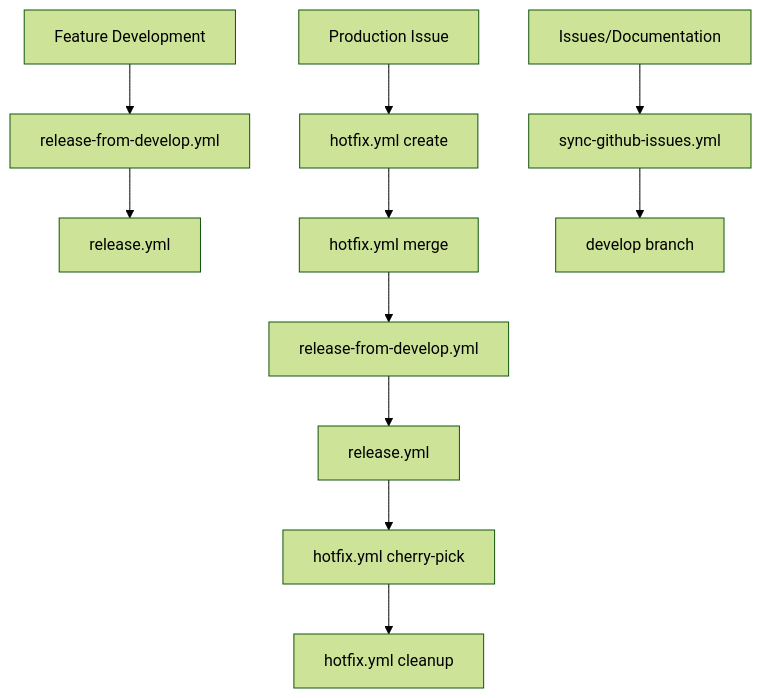
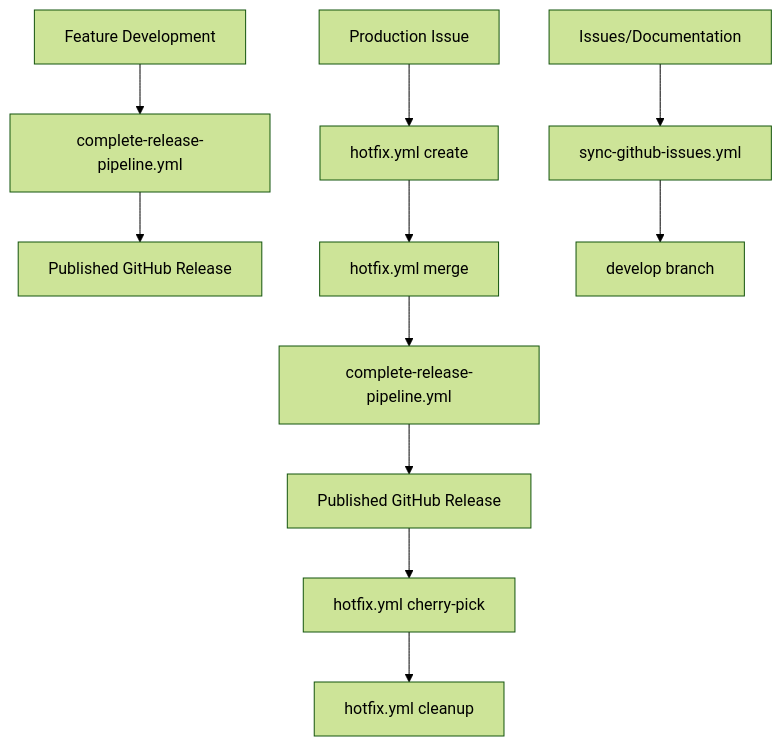
One commit to JorgeRojo/slack-bitbucket-merge-control-chrome-extension changed the diagram in .github/workflows/README.md. Above: the diagram before and after it, drawn with Mermaid (forest theme). The commit also changed other lines of this file and 2 other files, not shown here.

````diff
--- a/.github/workflows/README.md
+++ b/.github/workflows/README.md
@@ -175,15 +164,15 @@
 ```mermaid
 graph TD
-    A[Feature Development] --> B[release-from-develop.yml]
-    B --> C[release.yml]
+    A[Feature Development] --> B[complete-release-pipeline.yml]
+    B --> C[Published GitHub Release]
 
     D[Production Issue] --> E[hotfix.yml create]
     E --> F[hotfix.yml merge]
-    F --> G[release-from-develop.yml]
-    G --> H[release.yml]
+    F --> G[complete-release-pipeline.yml]
+    G --> H[Published GitHub Release]
     H --> I[hotfix.yml cherry-pick]
     I --> J[hotfix.yml cleanup]
 
     K[Issues/Documentation] --> L[sync-github-issues.yml]
     L --> M[develop branch]
 ```
````
